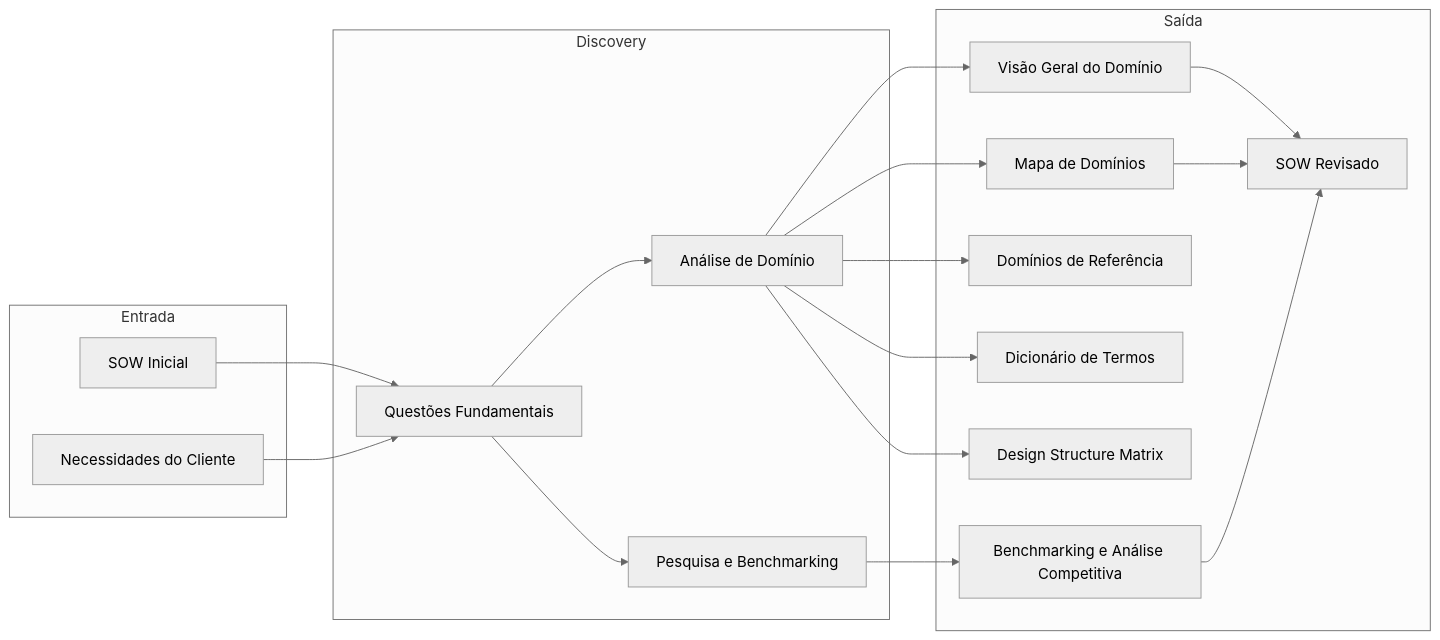
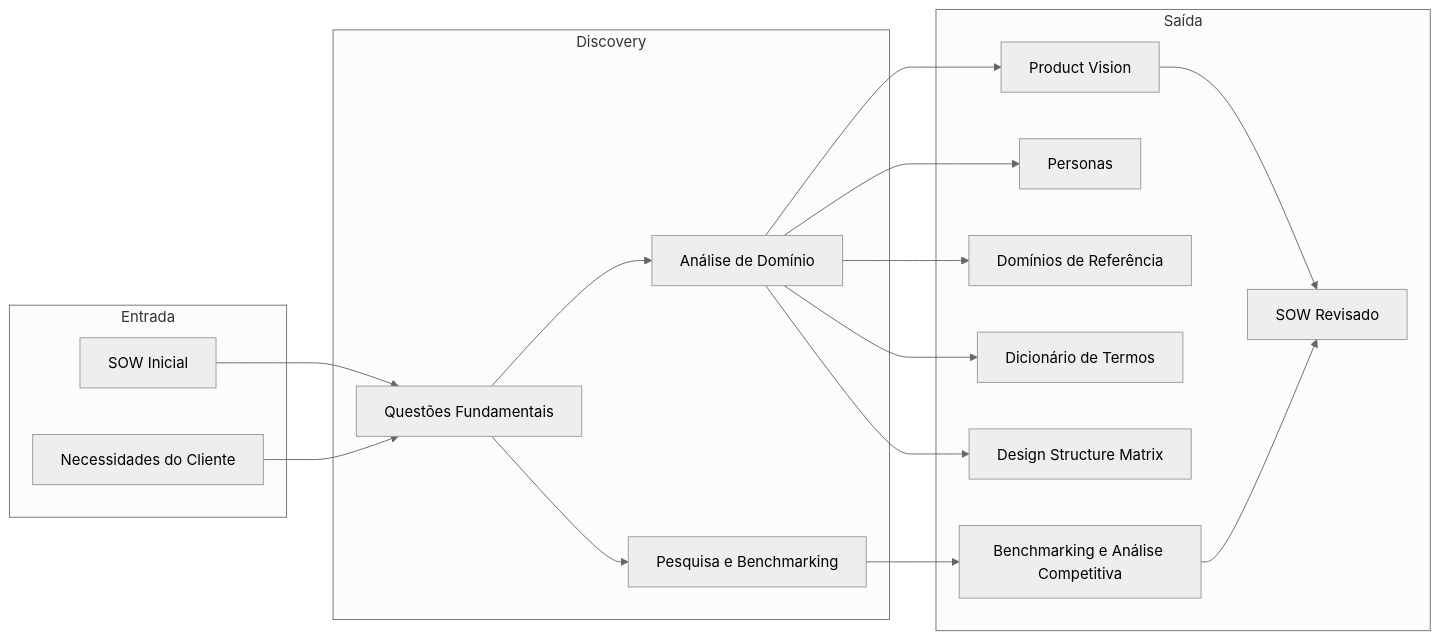
Before and after one commit to leds-conectafapes/processo-leds-sdlc: the first of 2 diagrams in docs/sdlc/2_discovery.md, drawn with Mermaid (neutral theme). The commit also changed other lines of this file and 14 other files, not shown here.

First line of the commit message:
docs: revisa discovery com Product Vision e Personas; adiciona templates

````diff
--- a/docs/sdlc/2_discovery.md
+++ b/docs/sdlc/2_discovery.md
@@ -42,37 +42,36 @@
 ```mermaid
 graph LR
     subgraph Entrada
         SOW[SOW Inicial]
         CLI[Necessidades do Cliente]
     end
 
     subgraph Discovery
         Q[Questões Fundamentais]
         P[Pesquisa e Benchmarking]
         A[Análise de Domínio]
     end
 
     subgraph Saída
-        VG[Visão Geral do Domínio]
-        MD[Mapa de Domínios]
+        PV[Product Vision]
+        PS[Personas]
         DR[Domínios de Referência]
         DT[Dicionário de Termos]
         DSM[Design Structure Matrix]
         BM[Benchmarking e Análise Competitiva]
         SR[SOW Revisado]
     end
 
     SOW --> Q
     CLI --> Q
     Q --> P
     Q --> A
-    A --> VG
-    A --> MD
+    A --> PV
+    A --> PS
     A --> DR
     A --> DT
     A --> DSM
     P --> BM
-    VG --> SR
-    MD --> SR
+    PV --> SR
     BM --> SR
 ```
````
